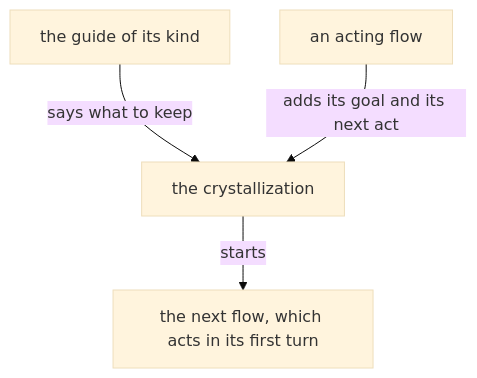
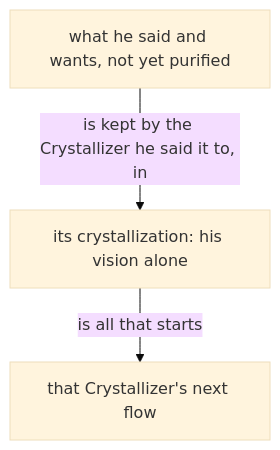
The fourth of 5 diagrams in vision/crystallization/0.md (LiGoldragon/psyche-belief), drawn with Mermaid (base theme) before and after one commit. The commit also changed other lines of this file and 4 other files, not shown here.

First line of the commit message:
vision/crystallization, vision/remembering, vision/mind-handover, vision/field-handover: Crystallization.1 (approved by the living)

````diff
--- a/vision/crystallization/0.md
+++ b/vision/crystallization/0.md
@@ -79,6 +80,5 @@
 ```mermaid
 flowchart TB
-    g["the guide of its kind"] -- "says what to keep" --> c["the crystallization"]
-    a["an acting flow"] -- "adds its goal and its next act" --> c
-    c -- "starts" --> s["the next flow, which acts in its first turn"]
+    v["what he said and wants, not yet purified"] -- "is kept by the Crystallizer he said it to, in" --> c["its crystallization: his vision alone"]
+    c -- "is all that starts" --> s["that Crystallizer's next flow"]
 ```
````
